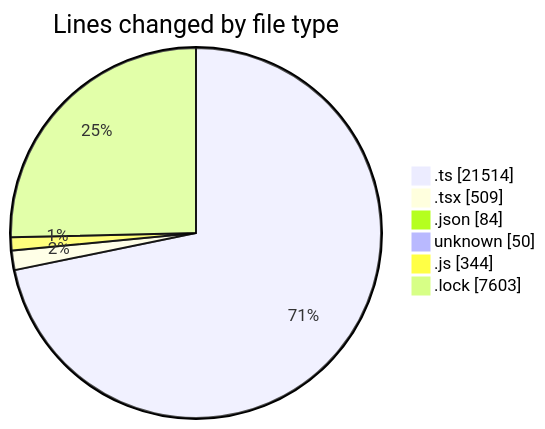
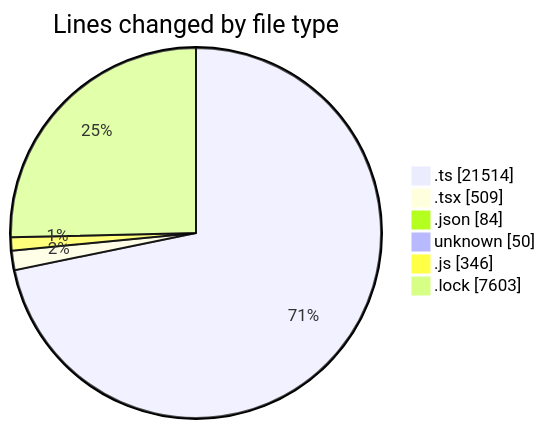
Before and after one commit to momahboobian/code-tracking: the first of 2 diagrams in 2025-11-28/cda/README.md, drawn with Mermaid. The commit also changed other lines of this file and 1 other file, not shown here.

````diff
--- a/2025-11-28/cda/README.md
+++ b/2025-11-28/cda/README.md
@@ -33,10 +33,10 @@
 ```mermaid
 pie showData
 title Lines changed by file type
 ".ts" : 21514
 ".tsx" : 509
 ".json" : 84
 "unknown" : 50
-".js" : 344
+".js" : 346
 ".lock" : 7603
 ```
````
